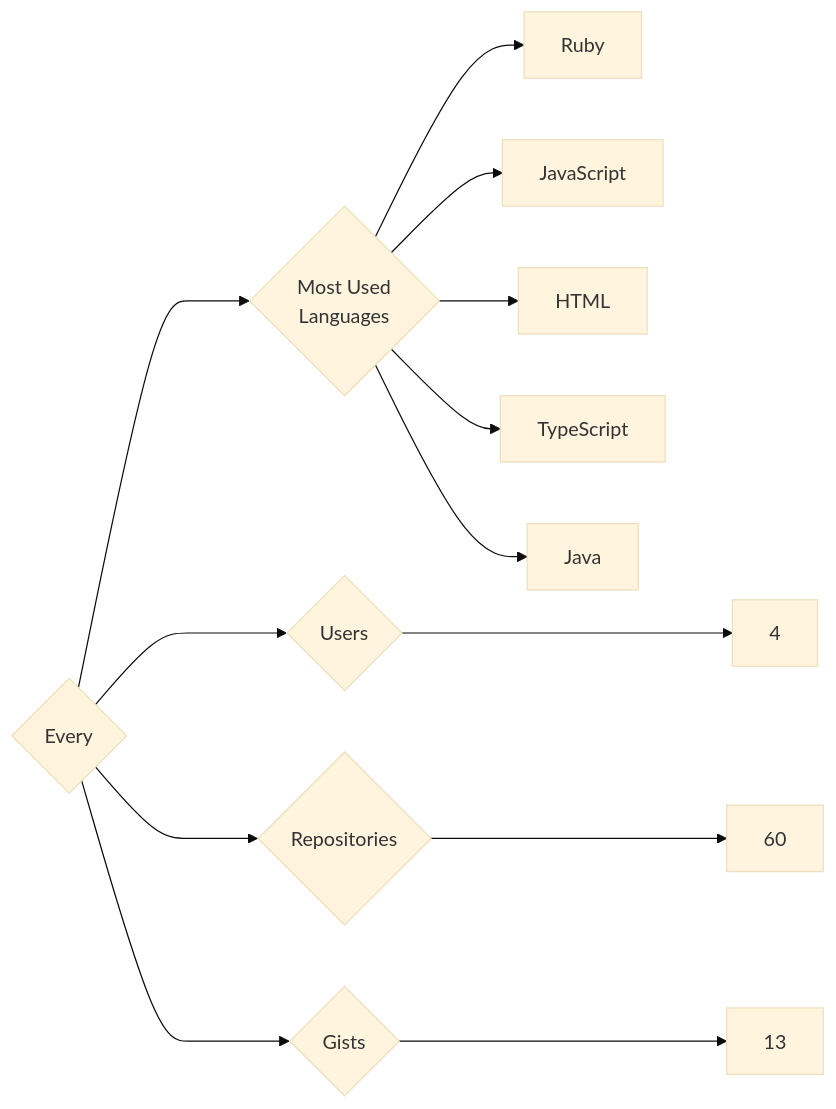
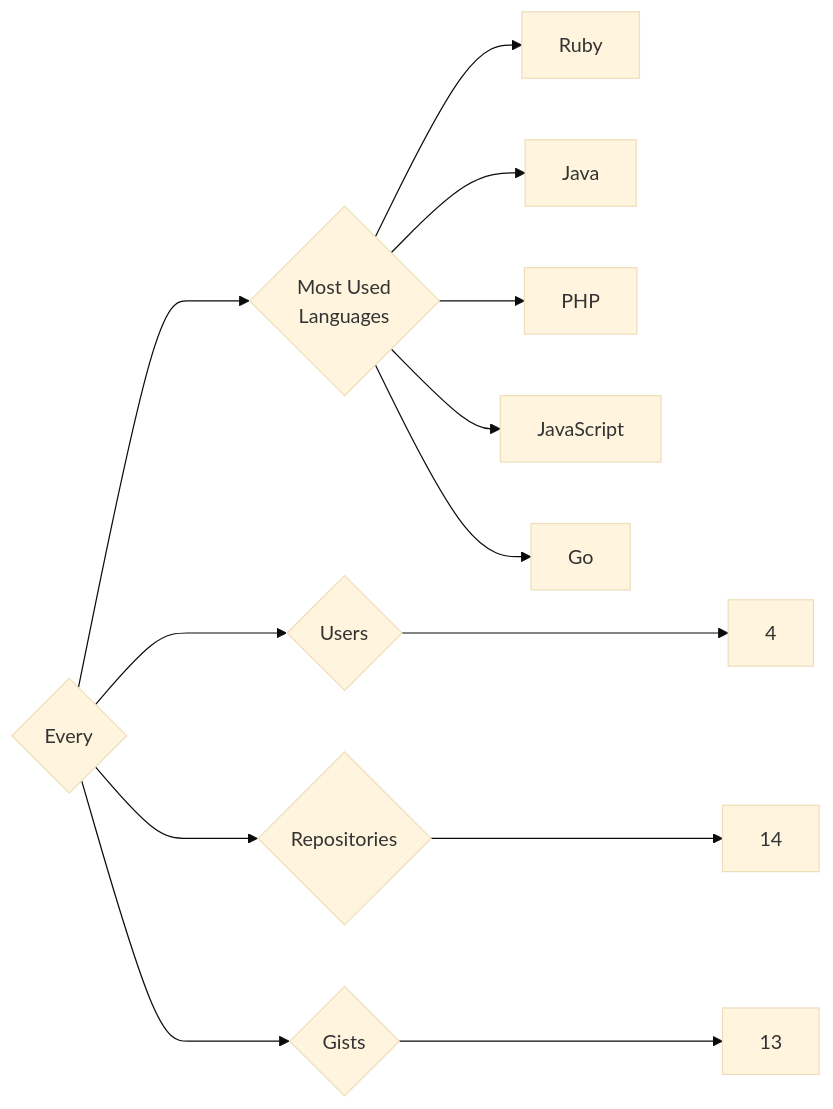
The diagram in targets/Every/README.md (trickest/insiders), drawn with Mermaid (base theme) before and after one commit. The commit also changed 1055 other files, not shown here.

````diff
--- a/targets/Every/README.md
+++ b/targets/Every/README.md
@@ -3,13 +3,13 @@
 ```mermaid
 graph LR
 COMPANY_NAME{Every}
 COMPANY_NAME ---> U{Users} ---> UN[4]
-COMPANY_NAME ---> R{Repositories} ---> RN[60]
+COMPANY_NAME ---> R{Repositories} ---> RN[14]
 COMPANY_NAME ---> G{Gists} ---> GN[13]
 COMPANY_NAME ---> ML{Most Used<br>Languages}
 ML --> Ruby[Ruby]
+ML --> Java[Java]
+ML --> PHP[PHP]
 ML --> JavaScript[JavaScript]
-ML --> HTML[HTML]
-ML --> TypeScript[TypeScript]
-ML --> Java[Java]
+ML --> Go[Go]
 ```
````
